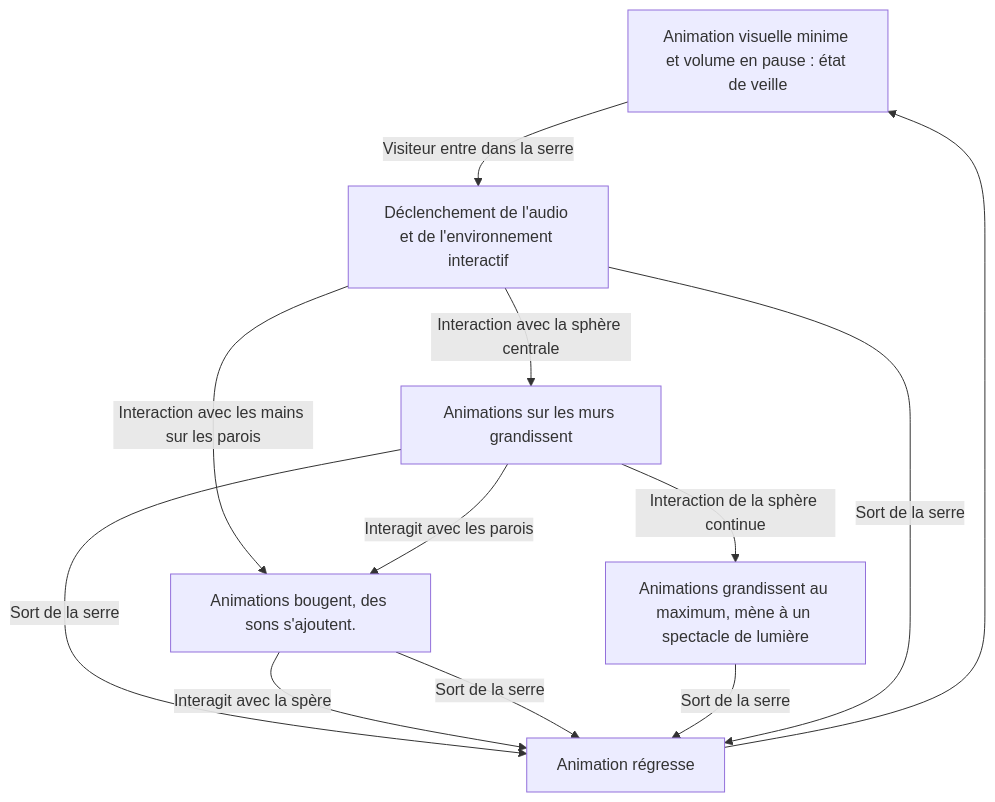
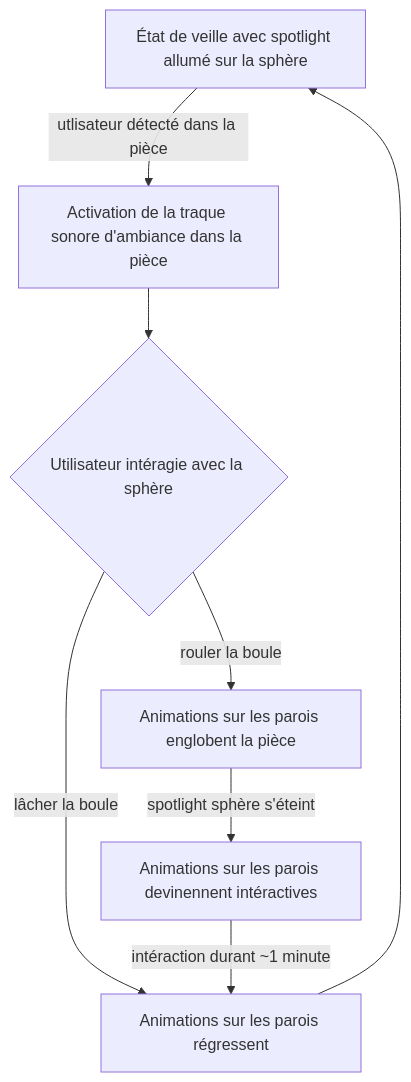
Before and after one commit to tprangers/internature: the diagram in 20_intention/30_scenario/README.md, drawn with Mermaid. The commit also changed other lines of this file, not shown here.

Commit message:
nouveau mermaid.md

````diff
--- a/20_intention/30_scenario/README.md
+++ b/20_intention/30_scenario/README.md
@@ -3,14 +3,9 @@
 ```mermaid
 flowchart TD
-A[Animation visuelle minime et volume en pause : état de veille] --> |Visiteur entre dans la serre| B[Déclenchement de l'audio et de l'environnement interactif]
-B --> |Interaction avec la sphère centrale| C[Animations sur les murs grandissent]
-B --> |Interaction avec les mains sur les parois| D[Animations bougent, des sons s'ajoutent.]
-C --> |Interaction de la sphère continue| E[Animations grandissent au maximum, mène à un spectacle de lumière]
-C --> |Interagit avec les parois| D
-C --> |Sort de la serre| F
-D --> |Interagit avec la spère| F
-D --> |Sort de la serre| F
-E --> |Sort de la serre| F
-B --> |Sort de la serre| F[Animation régresse]
-F --> A
+    A[État de veille avec spotlight allumé sur la sphère] -->|utlisateur détecté dans la pièce| B[Activation de la traque sonore d'ambiance dans la pièce]
+    B --> C{Utilisateur intéragie avec la sphère}
+    C -->|rouler la boule| D[Animations sur les parois englobent la pièce]
+    C -->|lâcher la boule| E[Animations sur les parois régressent] --> A
+    D -->|spotlight sphère s'éteint| F[Animations sur les parois devinennent intéractives]
+    F -->|intéraction durant ~1 minute| E
 ```
````
